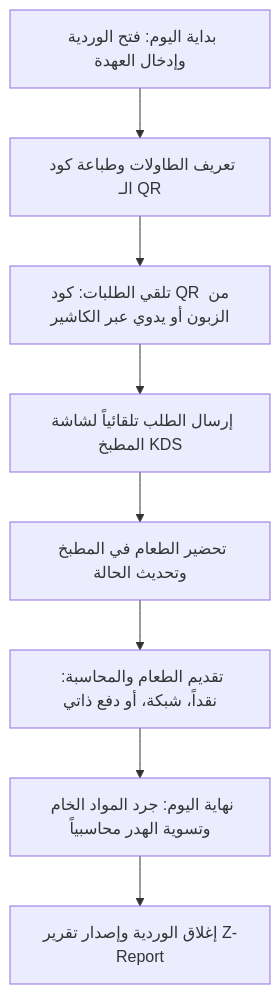
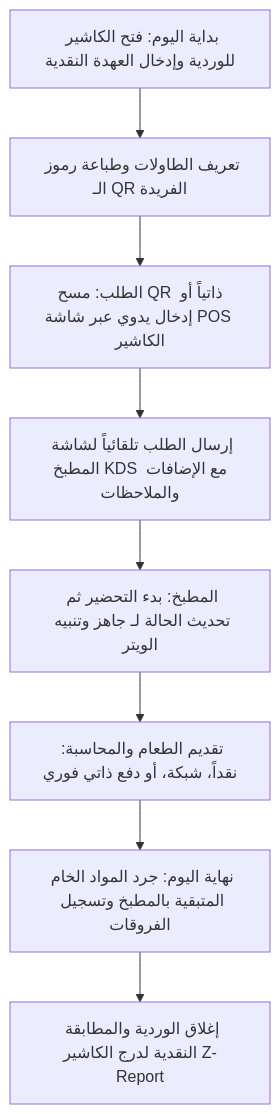
Before and after one commit to mahmodelrakhawey-svg/TriPro-ERP: the diagram in restaurant_guide.md, drawn with Mermaid. The commit also changed other lines of this file and 14 other files, not shown here.

````diff
--- a/restaurant_guide.md
+++ b/restaurant_guide.md
@@ -79,10 +87,10 @@
 ```mermaid
 graph TD
-    A[بداية اليوم: فتح الوردية وإدخال العهدة] --> B[تعريف الطاولات وطباعة كود الـ QR]
-    B --> C[تلقي الطلبات: كود QR من الزبون أو يدوي عبر الكاشير]
-    C --> D[إرسال الطلب تلقائياً لشاشة المطبخ KDS]
-    D --> E[تحضير الطعام في المطبخ وتحديث الحالة]
-    E --> F[تقديم الطعام والمحاسبة: نقداً، شبكة، أو دفع ذاتي]
-    F --> G[نهاية اليوم: جرد المواد الخام وتسوية الهدر محاسبياً]
-    G --> H[إغلاق الوردية وإصدار تقرير Z-Report]
+    A[بداية اليوم: فتح الكاشير للوردية وإدخال العهدة النقدية] --> B[تعريف الطاولات وطباعة رموز الـ QR الفريدة]
+    B --> C[الطلب: مسح QR ذاتياً أو إدخال يدوي عبر شاشة POS الكاشير]
+    C --> D[إرسال الطلب تلقائياً لشاشة المطبخ KDS مع الإضافات والملاحظات]
+    D --> E[المطبخ: بدء التحضير ثم تحديث الحالة لـ جاهز وتنبيه الويتر]
+    E --> F[تقديم الطعام والمحاسبة: نقداً، شبكة، أو دفع ذاتي فوري]
+    F --> G[نهاية اليوم: جرد المواد الخام المتبقية بالمطبخ وتسجيل الفروقات]
+    G --> H[إغلاق الوردية والمطابقة النقدية لدرج الكاشير Z-Report]
 ```
````
